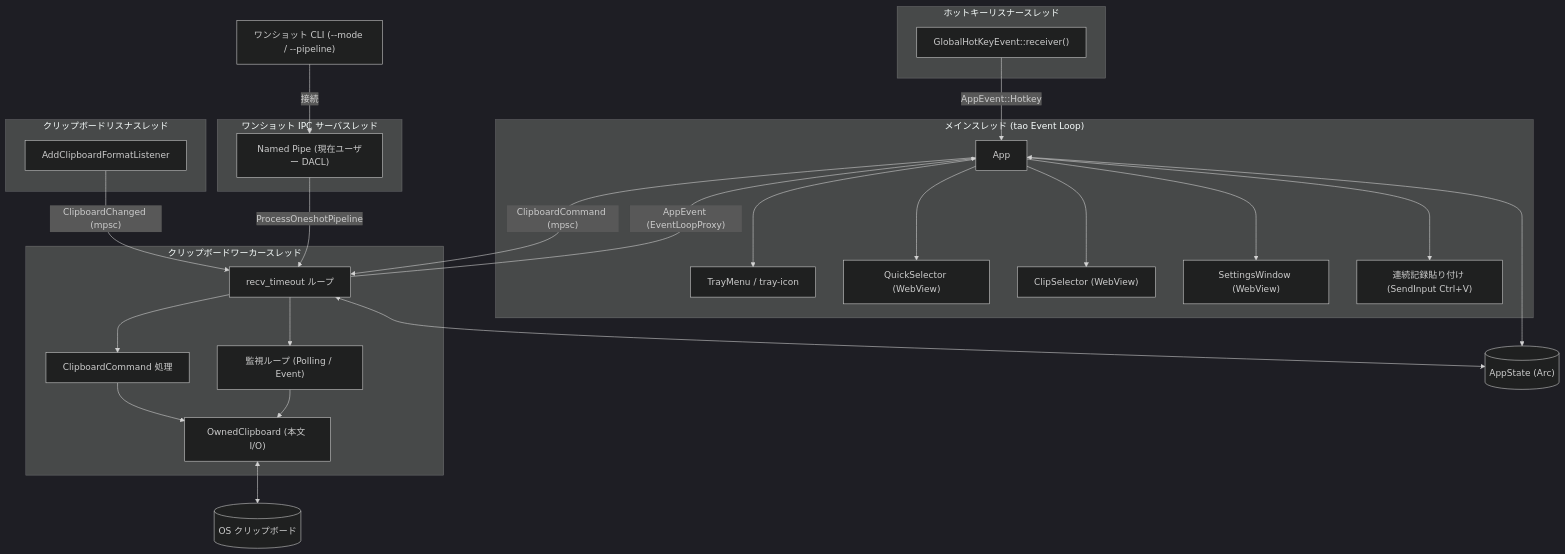
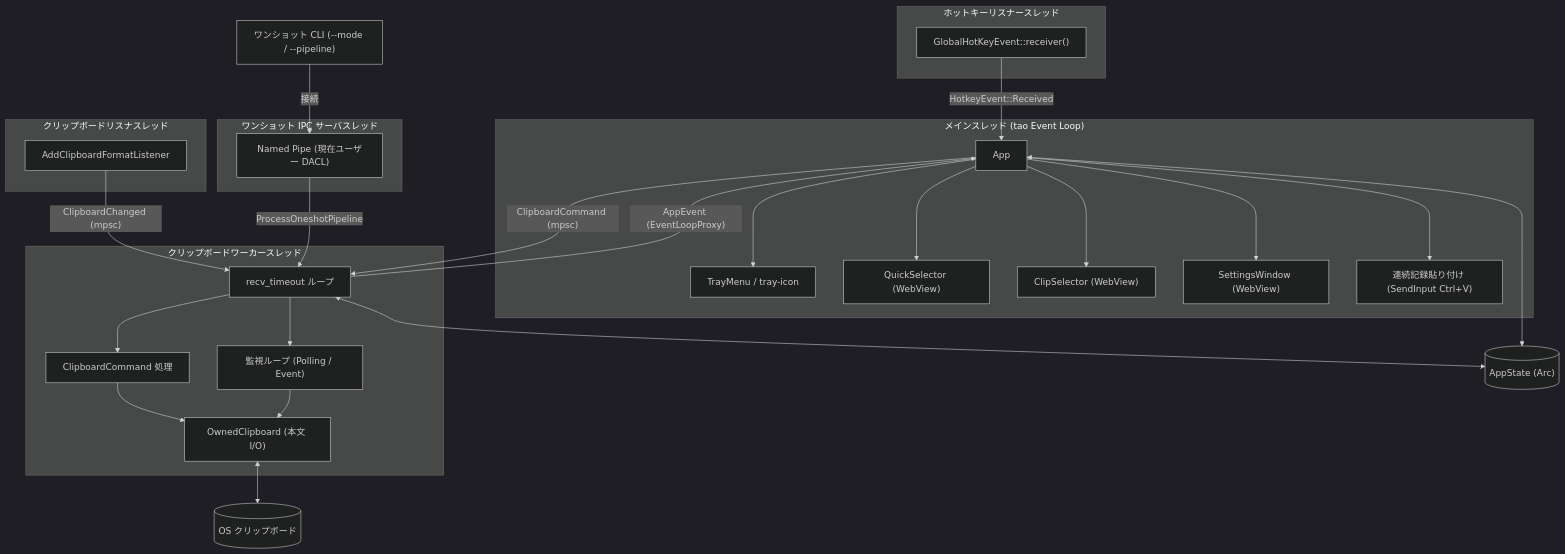
Before and after one commit to GnudMna/clip-refiner: the diagram in DEVELOPMENT.md, drawn with Mermaid (dark theme). The commit also changed other lines of this file and 80 other files, not shown here.

````diff
--- a/DEVELOPMENT.md
+++ b/DEVELOPMENT.md
@@ -796,53 +796,53 @@
 ```mermaid
 flowchart TB
     subgraph main ["メインスレッド (tao Event Loop)"]
         App["App"]
         Tray["TrayMenu / tray-icon"]
         QS["QuickSelector (WebView)"]
         CS["ClipSelector (WebView)"]
         SW["SettingsWindow (WebView)"]
         Paste["連続記録貼り付け (SendInput Ctrl+V)"]
         App --> Tray
         App --> QS
         App --> CS
         App --> SW
         App --> Paste
     end
 
     subgraph hotkey_thread ["ホットキーリスナースレッド"]
         GHK["GlobalHotKeyEvent::receiver()"]
     end
 
     subgraph listener ["クリップボードリスナスレッド"]
         CFL["AddClipboardFormatListener"]
     end
 
     subgraph ipc_server ["ワンショット IPC サーバスレッド"]
         Pipe["Named Pipe (現在ユーザー DACL)"]
     end
 
     subgraph worker ["クリップボードワーカースレッド"]
         WL["recv_timeout ループ"]
         Mon["監視ループ (Polling / Event)"]
         Cmd["ClipboardCommand 処理"]
         Owned["OwnedClipboard (本文 I/O)"]
         WL --> Mon
         WL --> Cmd
         Cmd --> Owned
         Mon --> Owned
     end
 
     CB[("OS クリップボード")]
     State[("AppState (Arc)")]
     CLI["ワンショット CLI (--mode / --pipeline)"]
 
-    GHK -->|"AppEvent::Hotkey"| App
+    GHK -->|"HotkeyEvent::Received"| App
     App -->|"ClipboardCommand (mpsc)"| WL
     CFL -->|"ClipboardChanged (mpsc)"| WL
     Pipe -->|"ProcessOneshotPipeline"| WL
     CLI -->|"接続"| Pipe
     WL -->|"AppEvent (EventLoopProxy)"| App
     Owned <--> CB
     App <--> State
     WL <--> State
 ```
````
